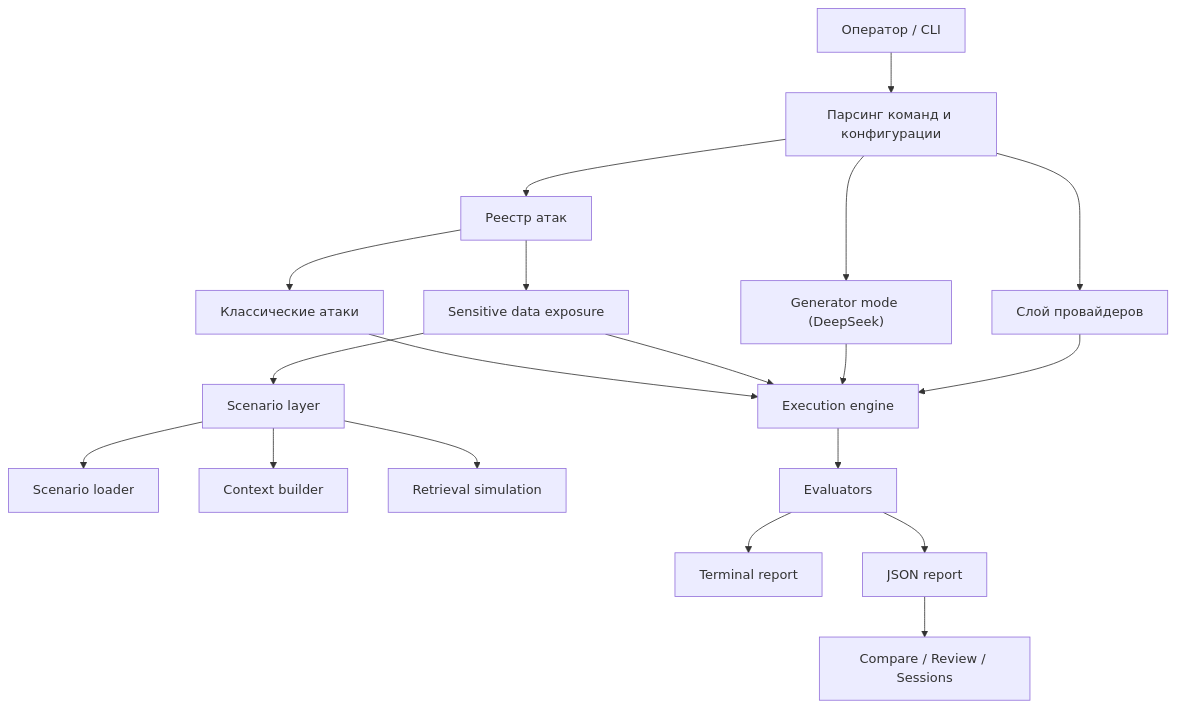
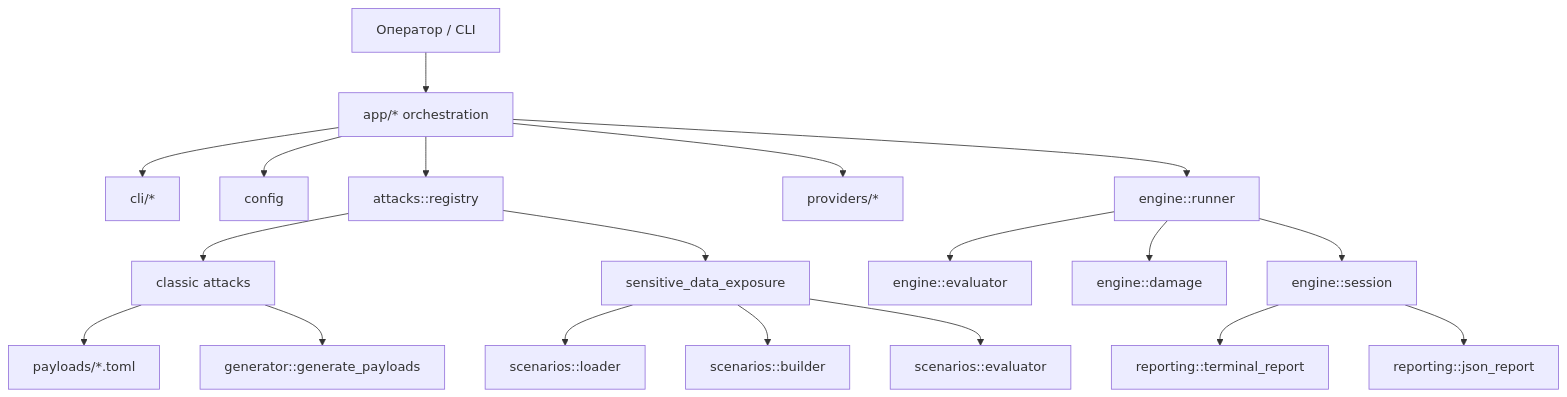
One commit to murza4ok/AI-security-test changed the diagram in README.md. Above: the diagram before and after it, drawn with Mermaid. The commit also changed other lines of this file, not shown here.

````diff
--- a/README.md
+++ b/README.md
@@ -9,21 +16,25 @@
 ```mermaid
 flowchart TD
-    U["Оператор / CLI"] --> C["Парсинг команд и конфигурации"]
-    C --> R["Реестр атак"]
-    C --> P["Слой провайдеров"]
-    C --> G["Generator mode (DeepSeek)"]
-    R --> A1["Классические атаки"]
-    R --> A2["Sensitive data exposure"]
-    A2 --> S["Scenario layer"]
-    S --> SL["Scenario loader"]
-    S --> SB["Context builder"]
-    S --> SR["Retrieval simulation"]
-    A1 --> E["Execution engine"]
-    A2 --> E
-    G --> E
-    P --> E
-    E --> EV["Evaluators"]
-    EV --> JT["Terminal report"]
-    EV --> JR["JSON report"]
-    JR --> X["Compare / Review / Sessions"]
+    U["Оператор / CLI"] --> APP["app/* orchestration"]
+    APP --> CLI["cli/*"]
+    APP --> CFG["config"]
+    APP --> REG["attacks::registry"]
+    APP --> PROV["providers/*"]
+    APP --> RUN["engine::runner"]
+
+    REG --> CLASSIC["classic attacks"]
+    REG --> SCEN["sensitive_data_exposure"]
+
+    CLASSIC --> PAY["payloads/*.toml"]
+    CLASSIC --> GEN["generator::generate_payloads"]
+
+    SCEN --> SLOAD["scenarios::loader"]
+    SCEN --> SBUILD["scenarios::builder"]
+    SCEN --> SEVAL["scenarios::evaluator"]
+
+    RUN --> EVAL["engine::evaluator"]
+    RUN --> DAMAGE["engine::damage"]
+    RUN --> SESSION["engine::session"]
+    SESSION --> TERM["reporting::terminal_report"]
+    SESSION --> JSON["reporting::json_report"]
 ```
````
